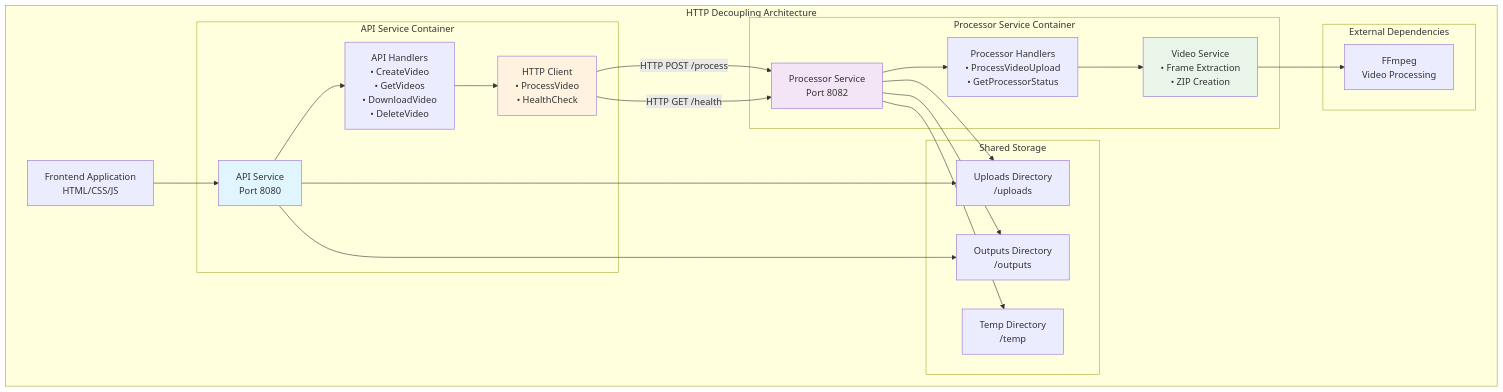
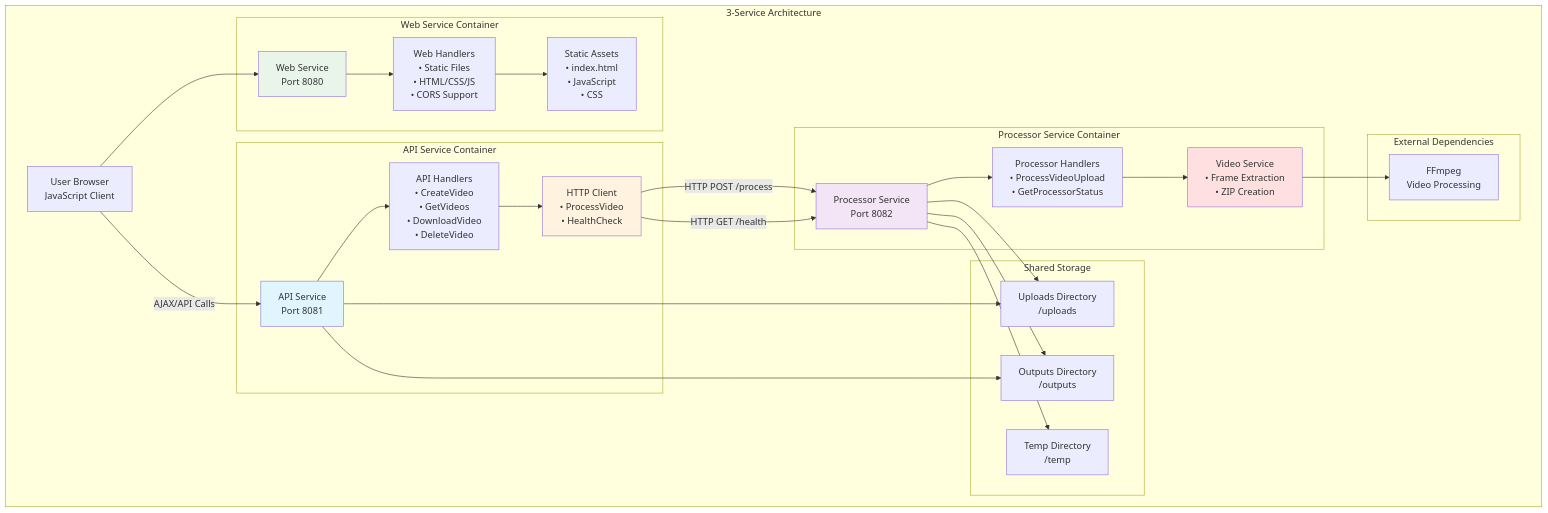
One commit to dayanyrec/videogrinder-processor changed the diagram in docs/architecture.md. Above: the diagram before and after it, drawn with Mermaid. The commit also changed other lines of this file and 31 other files, not shown here.

Commit message:
move static and test files to web

````diff
--- a/docs/architecture.md
+++ b/docs/architecture.md
@@ -17,48 +18,58 @@
 ```mermaid
 graph TB
-    subgraph "HTTP Decoupling Architecture"
-        Frontend["Frontend Application<br/>HTML/CSS/JS"]
+    subgraph "3-Service Architecture"
+        User["User Browser<br/>JavaScript Client"]
+        
+        subgraph "Web Service Container"
+            Web["Web Service<br/>Port 8080"]
+            WebHandlers["Web Handlers<br/>• Static Files<br/>• HTML/CSS/JS<br/>• CORS Support"]
+            StaticFiles["Static Assets<br/>• index.html<br/>• JavaScript<br/>• CSS"]
+        end
         
         subgraph "API Service Container"
-            API["API Service<br/>Port 8080"]
+            API["API Service<br/>Port 8081"]
             APIHandlers["API Handlers<br/>• CreateVideo<br/>• GetVideos<br/>• DownloadVideo<br/>• DeleteVideo"]
             HTTPClient["HTTP Client<br/>• ProcessVideo<br/>• HealthCheck"]
         end
         
         subgraph "Processor Service Container"
             Processor["Processor Service<br/>Port 8082"]
             ProcessorHandlers["Processor Handlers<br/>• ProcessVideoUpload<br/>• GetProcessorStatus"]
             VideoService["Video Service<br/>• Frame Extraction<br/>• ZIP Creation"]
         end
         
         subgraph "Shared Storage"
             Uploads["Uploads Directory<br/>/uploads"]
             Outputs["Outputs Directory<br/>/outputs"]
             Temp["Temp Directory<br/>/temp"]
         end
         
         subgraph "External Dependencies"
             FFmpeg["FFmpeg<br/>Video Processing"]
         end
     end
     
-    Frontend --> API
+    User --> Web
+    Web --> WebHandlers
+    WebHandlers --> StaticFiles
+    User -->|"AJAX/API Calls"| API
     API --> APIHandlers
     APIHandlers --> HTTPClient
     HTTPClient -->|"HTTP POST /process"| Processor
     HTTPClient -->|"HTTP GET /health"| Processor
     Processor --> ProcessorHandlers
     ProcessorHandlers --> VideoService
     VideoService --> FFmpeg
     
     API --> Uploads
     API --> Outputs
     Processor --> Uploads
     Processor --> Outputs
     Processor --> Temp
     
+    style Web fill:#e8f5e8
     style API fill:#e1f5fe
     style Processor fill:#f3e5f5
     style HTTPClient fill:#fff3e0
-    style VideoService fill:#e8f5e8
+    style VideoService fill:#ffe0e0
 ```
````
